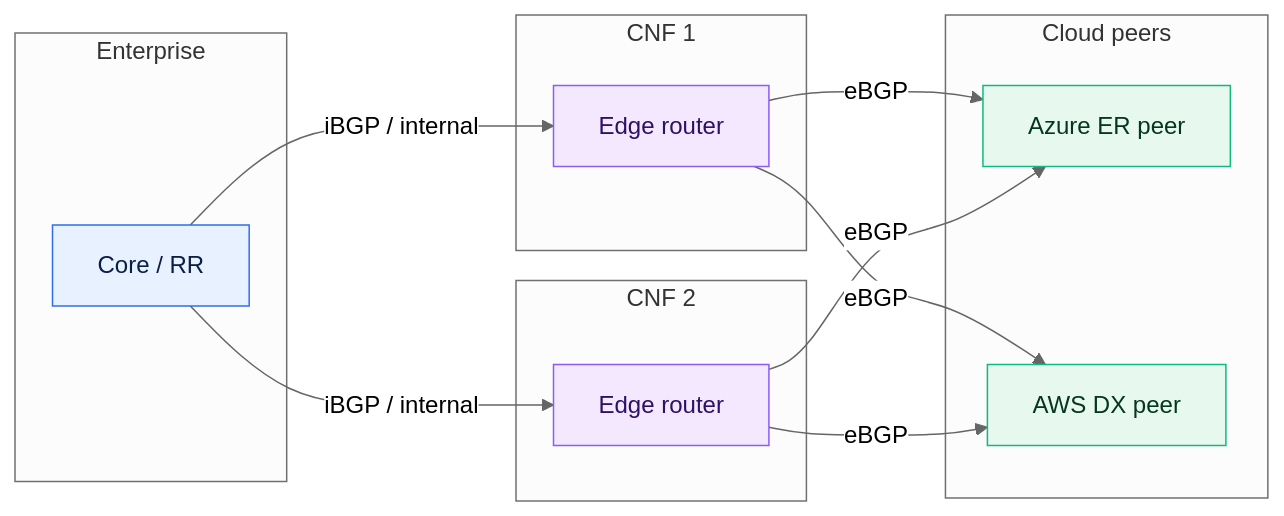
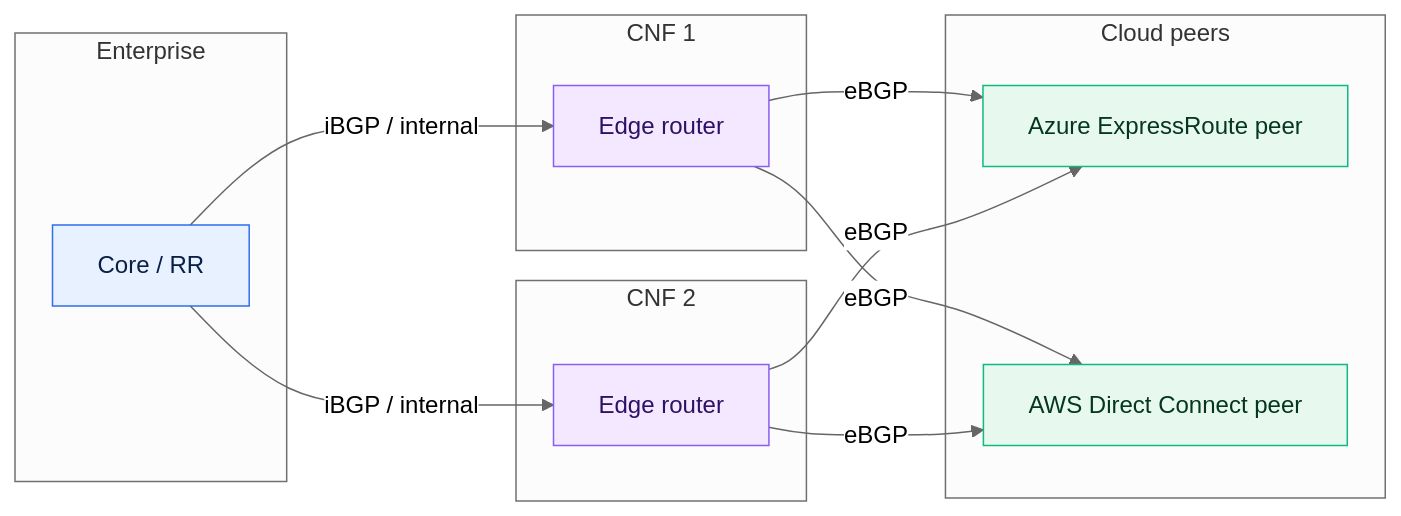
One commit to simonpainter/www.simonpainter.com changed the fifth of 7 diagrams in blog/bgp-for-enterprise-cloud-connectivity.md. Above: the diagram before and after it, drawn with Mermaid. The commit also changed other lines of this file, not shown here.

Commit message:
Consistency: expand DX/ER to Direct Connect/ExpressRoute

````diff
--- a/blog/bgp-for-enterprise-cloud-connectivity.md
+++ b/blog/bgp-for-enterprise-cloud-connectivity.md
@@ -616,34 +616,34 @@
 ```mermaid
 %%{init: {'theme':'neutral','flowchart':{'curve':'basis'},'themeVariables':{'fontFamily':'Inter, system-ui, -apple-system, Segoe UI, Roboto, Helvetica, Arial'}}}%%
 flowchart LR
   classDef enterprise fill:#E8F1FF,stroke:#2F6FED,stroke-width:1px,color:#0B1F44;
   classDef cloud fill:#E7F8EF,stroke:#10B981,stroke-width:1px,color:#05361F;
   classDef edge fill:#F3E8FF,stroke:#8B5CF6,stroke-width:1px,color:#2E1065;
 
   subgraph Enterprise[Enterprise]
     Core[Core / RR]:::enterprise
   end
 
   subgraph CNF1[CNF 1]
     E1[Edge router]:::edge
   end
 
   subgraph CNF2[CNF 2]
     E2[Edge router]:::edge
   end
 
   subgraph Clouds[Cloud peers]
-    AZ[Azure ER peer]:::cloud
-    AWS[AWS DX peer]:::cloud
+    AZ[Azure ExpressRoute peer]:::cloud
+    AWS[AWS Direct Connect peer]:::cloud
   end
 
   Core -- iBGP / internal --> E1
   Core -- iBGP / internal --> E2
 
   E1 -- eBGP --> AZ
   E1 -- eBGP --> AWS
   E2 -- eBGP --> AZ
   E2 -- eBGP --> AWS
 
   %% Two CNFs give physical diversity. BGP policy decides preference and failover.
 ```
````
